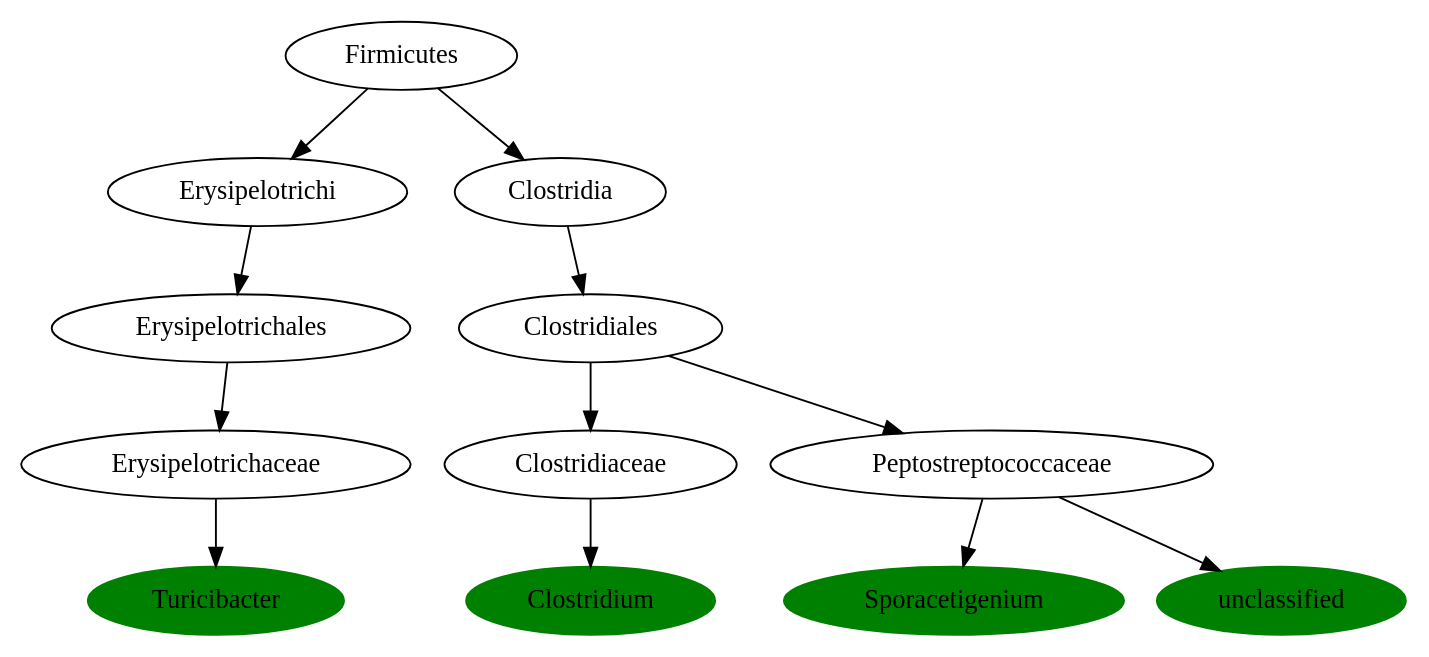
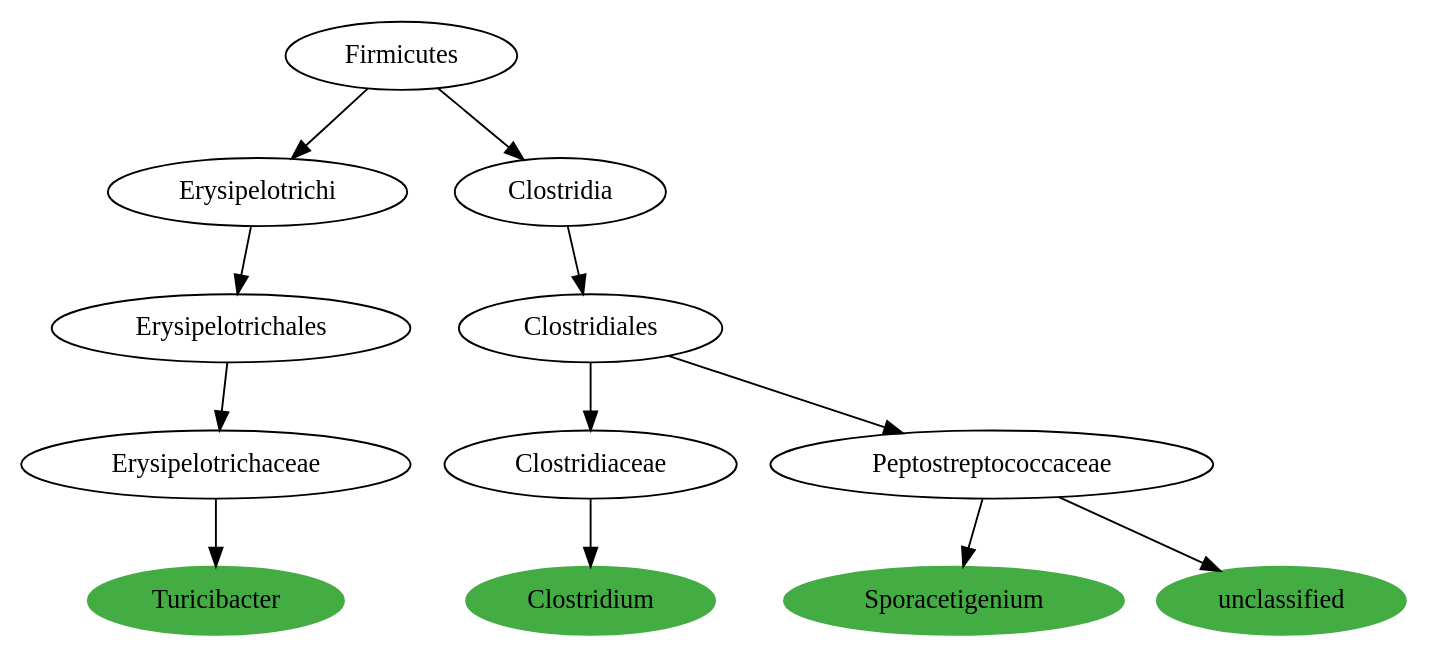
Before and after one commit to AndersHqst/thesis: the diagram in experiments/2a/phylogenetic-tree/dotfiles/1.dot, drawn with Graphviz. The commit also changed 77 other files, not shown here.

Commit message:
Added plotting code for summary graphs

```diff
--- a/experiments/2a/phylogenetic-tree/dotfiles/1.dot
+++ b/experiments/2a/phylogenetic-tree/dotfiles/1.dot
@@ -1,40 +1,40 @@
 digraph G { 
-	ErysipelotrichaceaeTuricibacter [label="Turicibacter", color="green", style=filled];
+	ErysipelotrichaceaeTuricibacter [label="Turicibacter", color="#43AC43", style=filled];
 	ErysipelotrichalesErysipelotrichaceae [label="Erysipelotrichaceae"];
 	ErysipelotrichaceaeTuricibacter [label="Turicibacter"];
 	ErysipelotrichalesErysipelotrichaceae -> ErysipelotrichaceaeTuricibacter;
 	ErysipelotrichiErysipelotrichales [label="Erysipelotrichales"];
 	ErysipelotrichalesErysipelotrichaceae [label="Erysipelotrichaceae"];
 	ErysipelotrichiErysipelotrichales -> ErysipelotrichalesErysipelotrichaceae;
 	FirmicutesErysipelotrichi [label="Erysipelotrichi"];
 	ErysipelotrichiErysipelotrichales [label="Erysipelotrichales"];
 	FirmicutesErysipelotrichi -> ErysipelotrichiErysipelotrichales;
 	BacteriaFirmicutes [label="Firmicutes"];
 	FirmicutesErysipelotrichi [label="Erysipelotrichi"];
 	BacteriaFirmicutes -> FirmicutesErysipelotrichi;
-	ClostridiaceaeClostridium [label="Clostridium", color="green", style=filled];
+	ClostridiaceaeClostridium [label="Clostridium", color="#43AC43", style=filled];
 	ClostridialesClostridiaceae [label="Clostridiaceae"];
 	ClostridiaceaeClostridium [label="Clostridium"];
 	ClostridialesClostridiaceae -> ClostridiaceaeClostridium;
 	ClostridiaClostridiales [label="Clostridiales"];
 	ClostridialesClostridiaceae [label="Clostridiaceae"];
 	ClostridiaClostridiales -> ClostridialesClostridiaceae;
 	FirmicutesClostridia [label="Clostridia"];
 	ClostridiaClostridiales [label="Clostridiales"];
 	FirmicutesClostridia -> ClostridiaClostridiales;
 	BacteriaFirmicutes [label="Firmicutes"];
 	FirmicutesClostridia [label="Clostridia"];
 	BacteriaFirmicutes -> FirmicutesClostridia;
-	PeptostreptococcaceaeSporacetigenium [label="Sporacetigenium", color="green", style=filled];
+	PeptostreptococcaceaeSporacetigenium [label="Sporacetigenium", color="#43AC43", style=filled];
 	ClostridialesPeptostreptococcaceae [label="Peptostreptococcaceae"];
 	PeptostreptococcaceaeSporacetigenium [label="Sporacetigenium"];
 	ClostridialesPeptostreptococcaceae -> PeptostreptococcaceaeSporacetigenium;
 	ClostridiaClostridiales [label="Clostridiales"];
 	ClostridialesPeptostreptococcaceae [label="Peptostreptococcaceae"];
 	ClostridiaClostridiales -> ClostridialesPeptostreptococcaceae;
-	Peptostreptococcaceaeunclassified [label="unclassified", color="green", style=filled];
+	Peptostreptococcaceaeunclassified [label="unclassified", color="#43AC43", style=filled];
 	ClostridialesPeptostreptococcaceae [label="Peptostreptococcaceae"];
 	Peptostreptococcaceaeunclassified [label="unclassified"];
 	ClostridialesPeptostreptococcaceae -> Peptostreptococcaceaeunclassified;
 
  }
```
